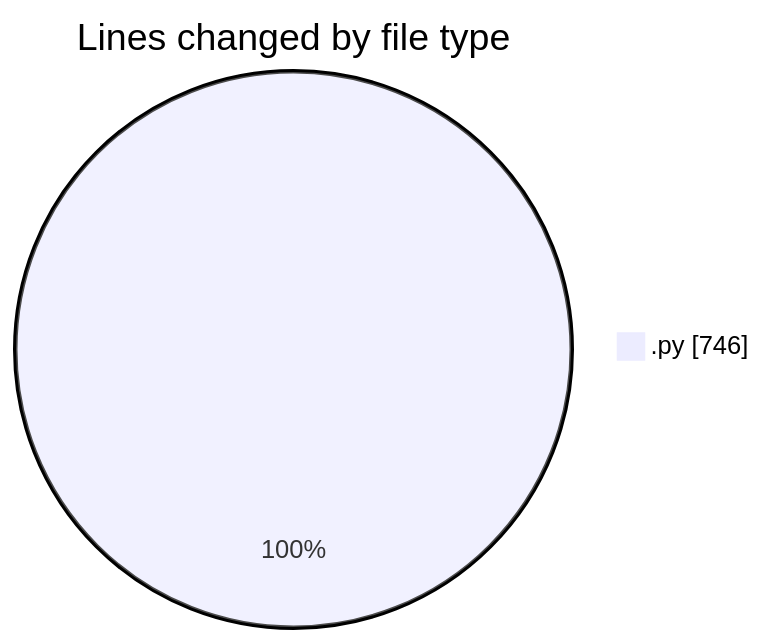
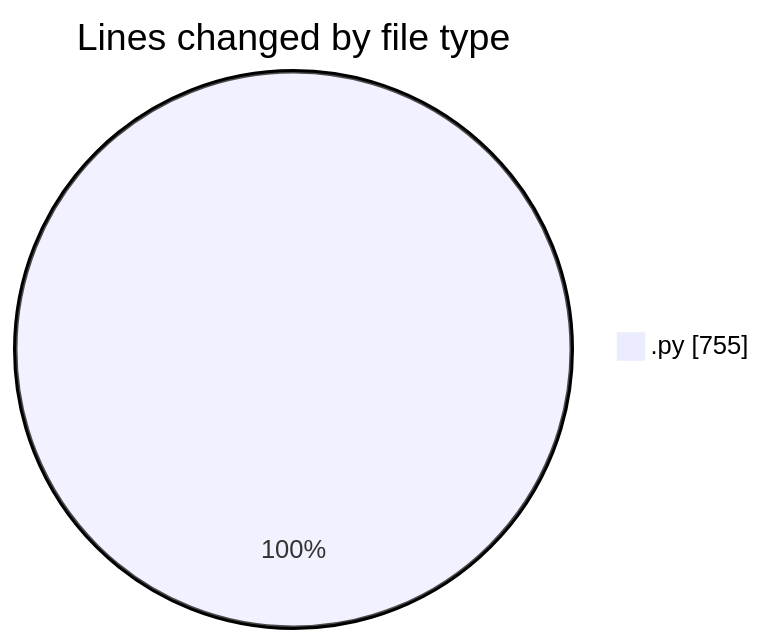
Before and after one commit to julien-gomy/code-tracking: the first of 2 diagrams in 2025-10-22/eventscop-api-guide__workspace_/README.md, drawn with Mermaid. The commit also changed other lines of this file and 1 other file, not shown here.

````diff
--- a/2025-10-22/eventscop-api-guide__workspace_/README.md
+++ b/2025-10-22/eventscop-api-guide__workspace_/README.md
@@ -34,5 +34,5 @@
 ```mermaid
 pie showData
 title Lines changed by file type
-".py" : 746
+".py" : 755
 ```
````
